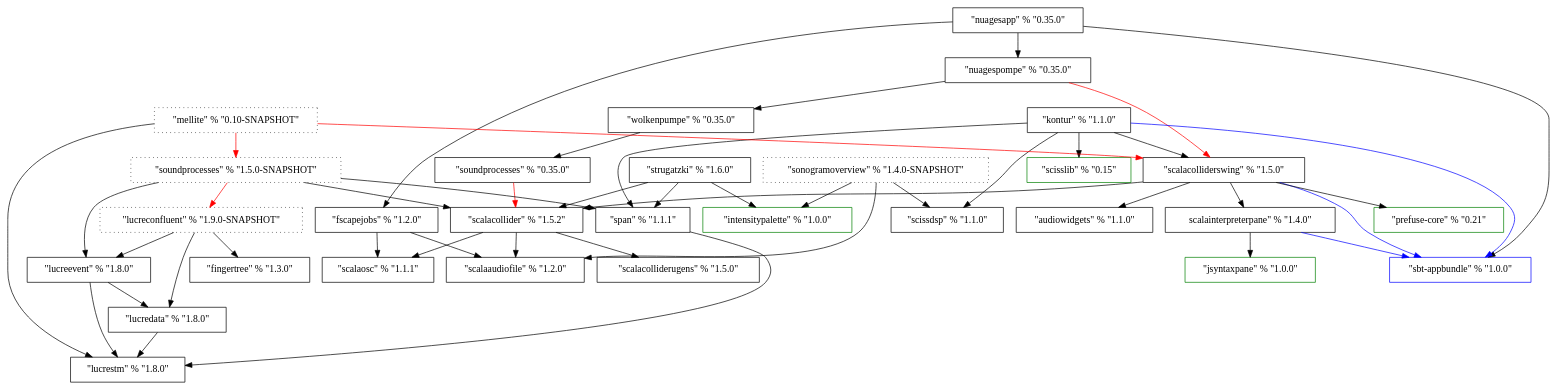
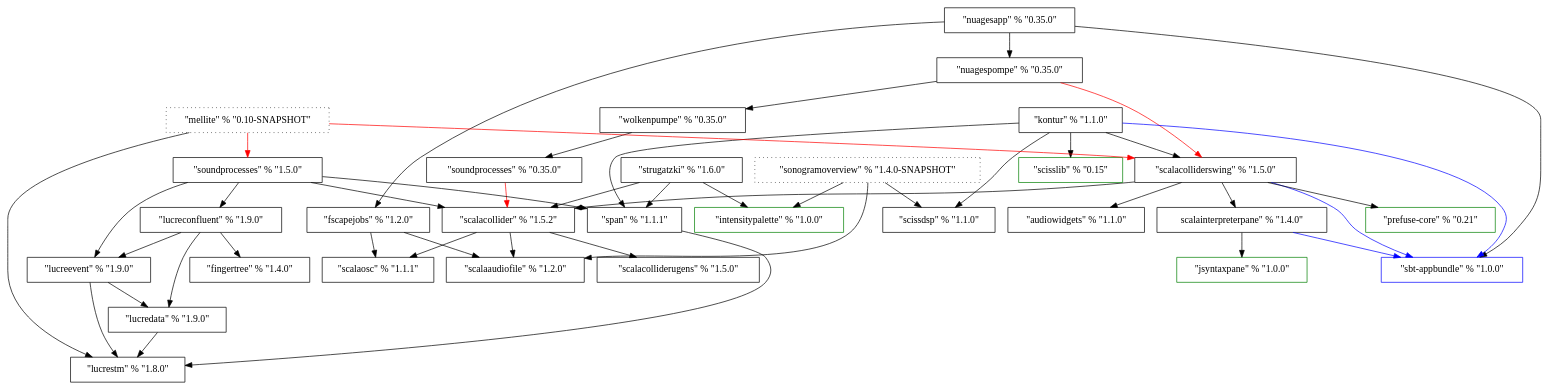
The diagram in ProjectDependencies/dep.dot (Sciss/HistoricalCode), drawn with Graphviz before and after one commit.

```diff
--- a/ProjectDependencies/dep.dot
+++ b/ProjectDependencies/dep.dot
@@ -1,84 +1,84 @@
 digraph G {
 	ScalaOSC [label="\"scalaosc\" % \"1.1.1\"", shape=box];
 	ScalaAudioFile [label="\"scalaaudiofile\" % \"1.2.0\"", shape=box];
 	FScapeJobs [label="\"fscapejobs\" % \"1.2.0\"", shape=box];
 	AudioWidgets [label="\"audiowidgets\" % \"1.1.0\"", shape=box];
 //	ScalaAudioWidgets [label="\"scalaaudiowidgets\" % \"1.0.0\"", shape=box, color=red];
    Span [label="\"span\" % \"1.1.1\"", shape=box];
 	SbtAppbundle [label="\"sbt-appbundle\" % \"1.0.0\"", shape=Box, color=blue];
 	ScissDSP [label="\"scissdsp\" % \"1.1.0\"", shape=Box];
 	SonogramOverview [label="\"sonogramoverview\" % \"1.4.0-SNAPSHOT\"", shape=Box, style=dotted];
 	ScalaCollider [label="\"scalacollider\" % \"1.5.2\"", shape=Box];
 	ScalaColliderUGens [label="\"scalacolliderugens\" % \"1.5.0\"", shape=Box];
 	ScalaColliderSwing [label="\"scalacolliderswing\" % \"1.5.0\"", shape=Box];
 	IntensityPalette [label="\"intensitypalette\" % \"1.0.0\"", shape=Box, color=green];
 	Strugatzki [label="\"strugatzki\" % \"1.6.0\"", shape=Box];
 	JSyntaxPane [label="\"jsyntaxpane\" % \"1.0.0\"", shape=Box, color=green];
 	ScalaInterpreterPane [label="\scalainterpreterpane\" % \"1.4.0\"", shape=Box];
 	PrefuseCore [label="\"prefuse-core\" % \"0.21\"", shape=Box, color=green];
 	SoundProcesses_OLD [label="\"soundprocesses\" % \"0.35.0\"", shape=Box];
 	Wolkenpumpe [label="\"wolkenpumpe\" % \"0.35.0\"", shape=Box];
 	NuagesPompe [label="\"nuagespompe\" % \"0.35.0\"", shape=Box];
 	NuagesApp [label="\"nuagesapp\" % \"0.35.0\"", shape=Box];
 	ScissLib [label="\"scisslib\" % \"0.15\"", shape=Box, color=green];
 	Kontur [label="\"kontur\" % \"1.1.0\"", shape=Box];
-	FingerTree [label="\"fingertree\" % \"1.3.0\"", shape=Box];
+	FingerTree [label="\"fingertree\" % \"1.4.0\"", shape=Box];
 	LucreSTM [label="\"lucrestm\" % \"1.8.0\"", shape=Box];
-	LucreEvent [label="\"lucreevent\" % \"1.8.0\"", shape=Box];
-	LucreData [label="\"lucredata\" % \"1.8.0\"", shape=Box];
+	LucreEvent [label="\"lucreevent\" % \"1.9.0\"", shape=Box];
+	LucreData [label="\"lucredata\" % \"1.9.0\"", shape=Box];
 //	LucreExpr [labLucreConfluentel="\"lucreexpr\" % \"1.4.0\"", shape=Box];
-	LucreConfluent [label="\"lucreconfluent\" % \"1.9.0-SNAPSHOT\"", shape=Box, style=dotted];
+	LucreConfluent [label="\"lucreconfluent\" % \"1.9.0\"", shape=Box];
 //	ConfluentReactive [label="\"confluentreactive\" % \"1.5.0\"", shape=Box];
-	SoundProcesses [label="\"soundprocesses\" % \"1.5.0-SNAPSHOT\"", shape=Box, style=dotted];
+	SoundProcesses [label="\"soundprocesses\" % \"1.5.0\"", shape=Box];
 	Mellite [label="\"mellite\" % \"0.10-SNAPSHOT\"", shape=Box, style=dotted];
 	
 	FScapeJobs -> ScalaOSC;
 	FScapeJobs -> ScalaAudioFile;
 //	ScalaAudioWidgets -> AudioWidgets [color=red];
 	SonogramOverview -> ScalaAudioFile;
 	SonogramOverview -> ScissDSP;
 	SonogramOverview -> IntensityPalette;
 	Span -> LucreSTM;
 	ScalaCollider -> ScalaColliderUGens;
 	ScalaCollider -> ScalaOSC;
 	ScalaCollider -> ScalaAudioFile;
 	Strugatzki -> ScalaCollider;
 	Strugatzki -> IntensityPalette;
 	Strugatzki -> Span;
 	ScalaInterpreterPane -> JSyntaxPane;
 	ScalaInterpreterPane -> SbtAppbundle [color=blue];
 	ScalaColliderSwing -> SbtAppbundle [color=blue];
 	ScalaColliderSwing -> ScalaCollider;
 	ScalaColliderSwing -> ScalaInterpreterPane;
 	ScalaColliderSwing -> PrefuseCore;
 	ScalaColliderSwing -> AudioWidgets;
 	SoundProcesses_OLD -> ScalaCollider [color=red];
 	Wolkenpumpe -> SoundProcesses_OLD;
 	NuagesPompe -> Wolkenpumpe;
 	NuagesPompe -> ScalaColliderSwing [color=red];
 	NuagesApp -> SbtAppbundle;
 	NuagesApp -> NuagesPompe;
 	NuagesApp -> FScapeJobs;
 	Kontur -> SbtAppbundle [color=blue];
 	Kontur -> ScalaColliderSwing;
 	Kontur -> ScissDSP;
 	Kontur -> ScissLib;
 	Kontur -> Span;
 	LucreEvent -> LucreSTM;
    LucreEvent -> LucreData;
 	LucreData -> LucreSTM;
 //   LucreExpr -> LucreData [color=red];
 //   LucreExpr -> LucreEvent [color=red];
 	LucreConfluent -> FingerTree;
 	LucreConfluent -> LucreData;
 	LucreConfluent -> LucreEvent;
 //   ConfluentReactive -> LucreConfluent;
 //	ConfluentReactive -> LucreEvent [color=red];
 	SoundProcesses -> ScalaCollider;
-	SoundProcesses -> LucreConfluent [color=red];
+	SoundProcesses -> LucreConfluent;
 	SoundProcesses -> LucreEvent;
 	SoundProcesses -> Span;
 	Mellite -> SoundProcesses [color=red];
 	Mellite -> ScalaColliderSwing [color=red];
 	Mellite -> LucreSTM;
 }
```
